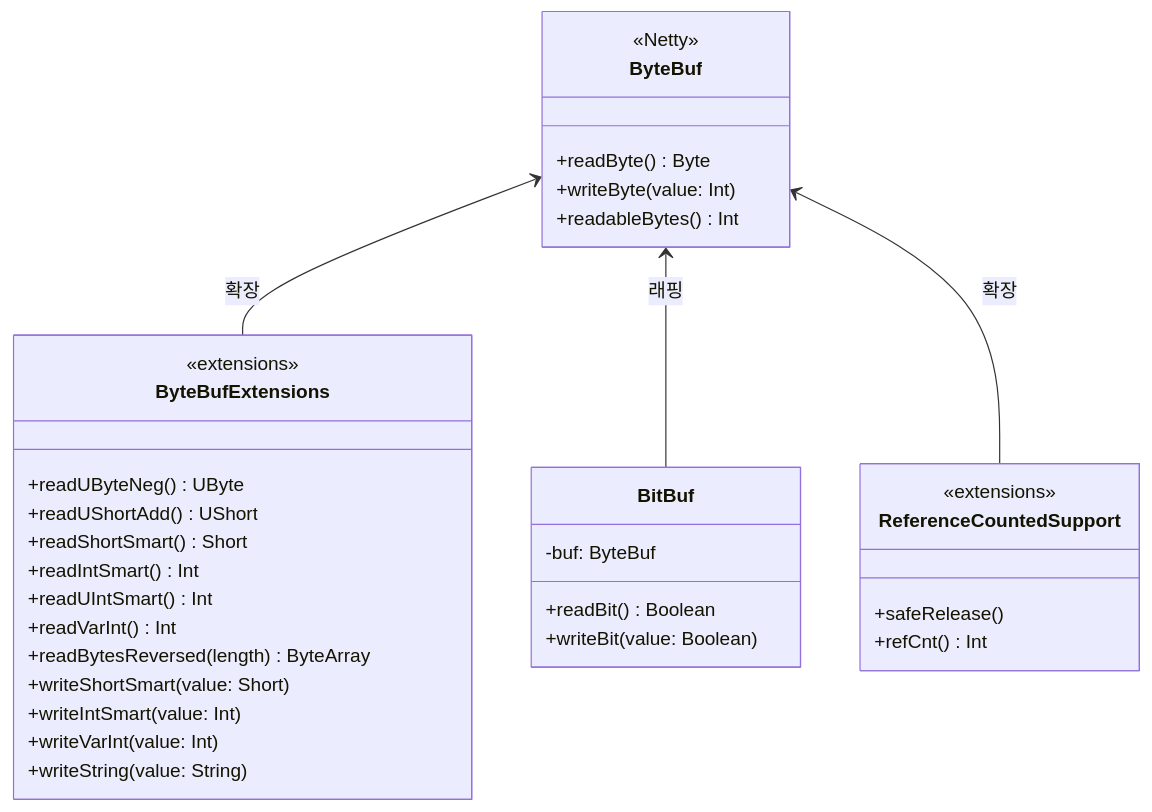
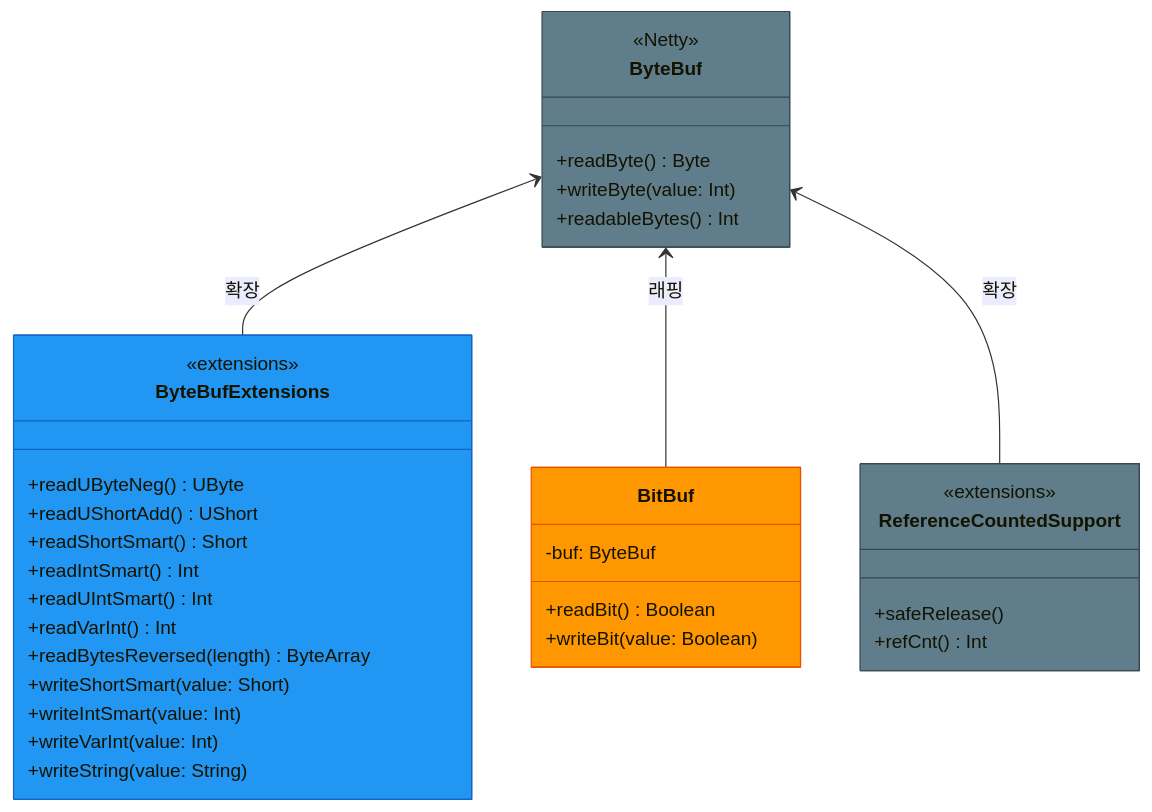
The first of 3 diagrams in io/netty/README.md (bluetape4k/bluetape4k-projects), drawn with Mermaid before and after one commit. The commit also changed 74 other files, not shown here.

First line of the commit message:
docs: bluetape4k/core/coroutines/logging, io/feign~vertx README 색상 Mermaid UML 추가

````diff
--- a/io/netty/README.md
+++ b/io/netty/README.md
@@ -191,40 +191,44 @@
 ```mermaid
 classDiagram
-    class ByteBuf {
+    class ByteBuf:::infraStyle {
         <<Netty>>
         +readByte() Byte
         +writeByte(value: Int)
         +readableBytes() Int
     }
 
-    class ByteBufExtensions {
+    class ByteBufExtensions:::clientStyle {
         <<extensions>>
         +readUByteNeg() UByte
         +readUShortAdd() UShort
         +readShortSmart() Short
         +readIntSmart() Int
         +readUIntSmart() Int
         +readVarInt() Int
         +readBytesReversed(length) ByteArray
         +writeShortSmart(value: Short)
         +writeIntSmart(value: Int)
         +writeVarInt(value: Int)
         +writeString(value: String)
     }
 
-    class BitBuf {
+    class BitBuf:::codecStyle {
         -buf: ByteBuf
         +readBit() Boolean
         +writeBit(value: Boolean)
     }
 
-    class ReferenceCountedSupport {
+    class ReferenceCountedSupport:::infraStyle {
         <<extensions>>
         +safeRelease()
         +refCnt() Int
     }
 
     ByteBuf <-- ByteBufExtensions : 확장
     ByteBuf <-- BitBuf : 래핑
     ByteBuf <-- ReferenceCountedSupport : 확장
+
+    classDef clientStyle fill:#2196F3,stroke:#1565C0
+    classDef infraStyle  fill:#607D8B,stroke:#37474F
+    classDef codecStyle  fill:#FF9800,stroke:#E65100
 ```
````
